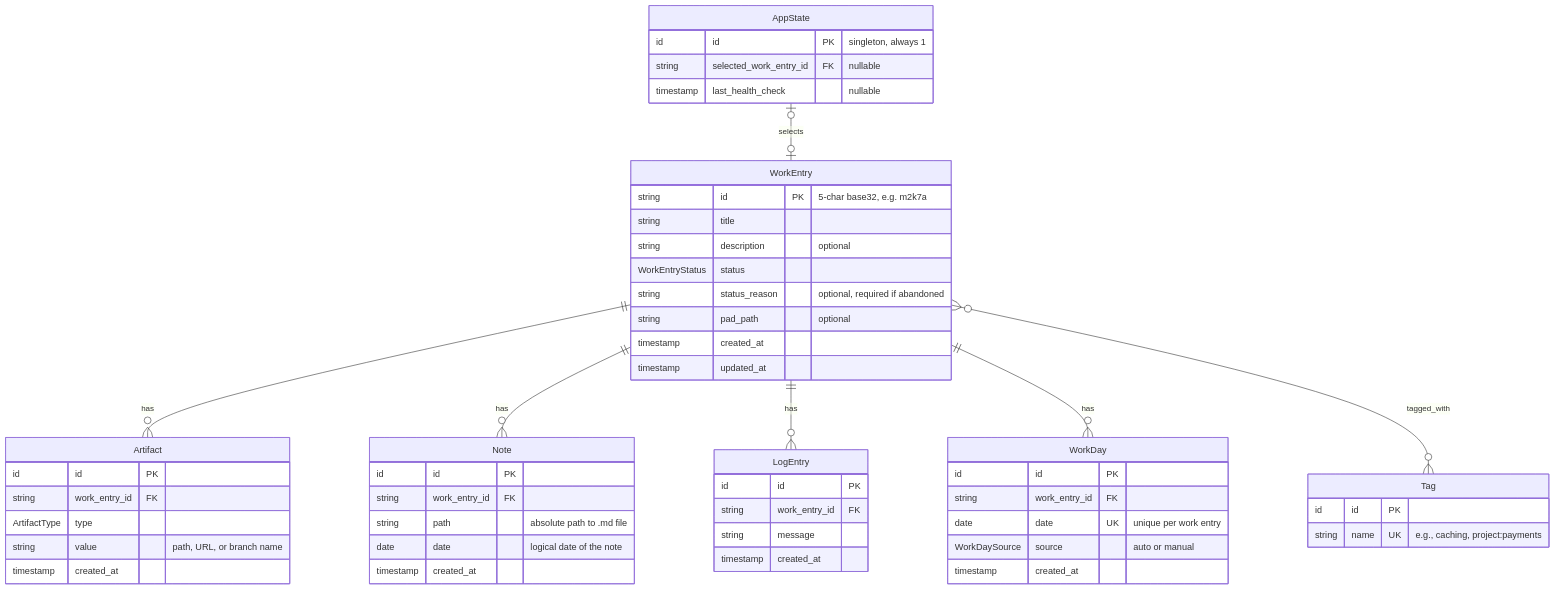
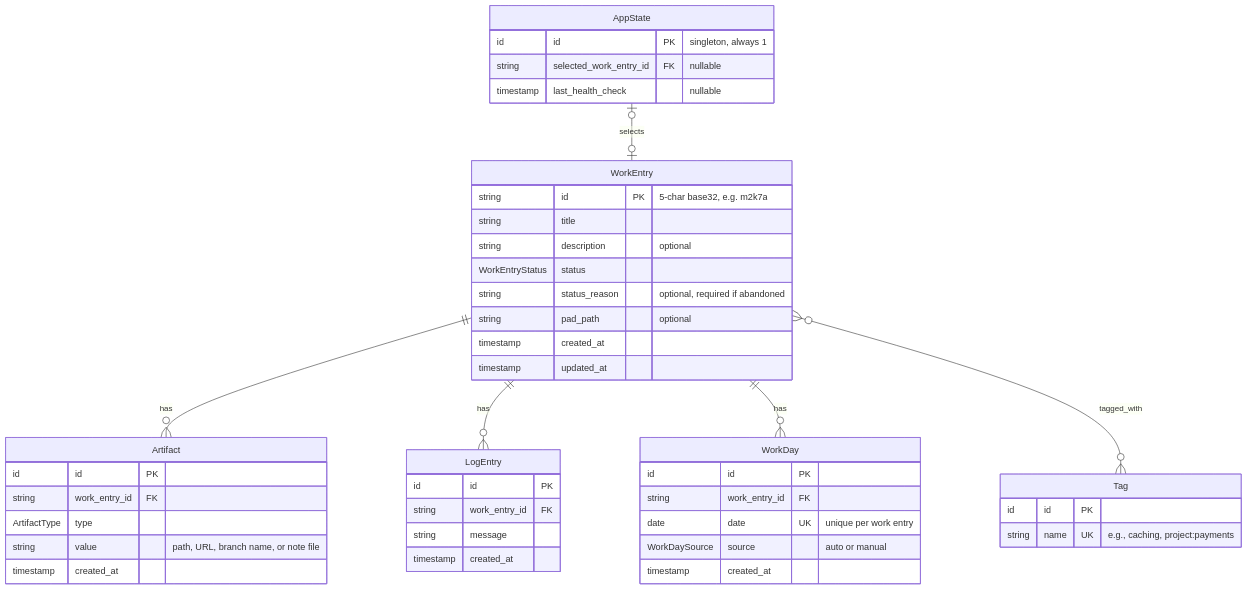
One commit to lydietoure/orbit changed the first of 2 diagrams in docs/DATA_MODEL.md. Above: the diagram before and after it, drawn with Mermaid. The commit also changed other lines of this file and 16 other files, not shown here.

````diff
--- a/docs/DATA_MODEL.md
+++ b/docs/DATA_MODEL.md
@@ -44,62 +43,53 @@
 ```mermaid
 erDiagram
     WorkEntry ||--o{ Artifact : has
-    WorkEntry ||--o{ Note : has
     WorkEntry ||--o{ LogEntry : has
     WorkEntry ||--o{ WorkDay : has
     WorkEntry }o--o{ Tag : tagged_with
     AppState |o--o| WorkEntry : selects
 
     WorkEntry {
         string id PK "5-char base32, e.g. m2k7a"
         string title
         string description "optional"
         WorkEntryStatus status
         string status_reason "optional, required if abandoned"
         string pad_path "optional"
         timestamp created_at
         timestamp updated_at
     }
 
     Tag {
         id id PK
         string name UK "e.g., caching, project:payments"
     }
 
     Artifact {
         id id PK
         string work_entry_id FK
         ArtifactType type
-        string value "path, URL, or branch name"
-        timestamp created_at
-    }
-
-    Note {
-        id id PK
-        string work_entry_id FK
-        string path "absolute path to .md file"
-        date date "logical date of the note"
+        string value "path, URL, branch name, or note file"
         timestamp created_at
     }
 
     LogEntry {
         id id PK
         string work_entry_id FK
         string message
         timestamp created_at
     }
 
     WorkDay {
         id id PK
         string work_entry_id FK
         date date UK "unique per work entry"
         WorkDaySource source "auto or manual"
         timestamp created_at
     }
 
     AppState {
         id id PK "singleton, always 1"
         string selected_work_entry_id FK "nullable"
         timestamp last_health_check "nullable"
     }
 ```
````
